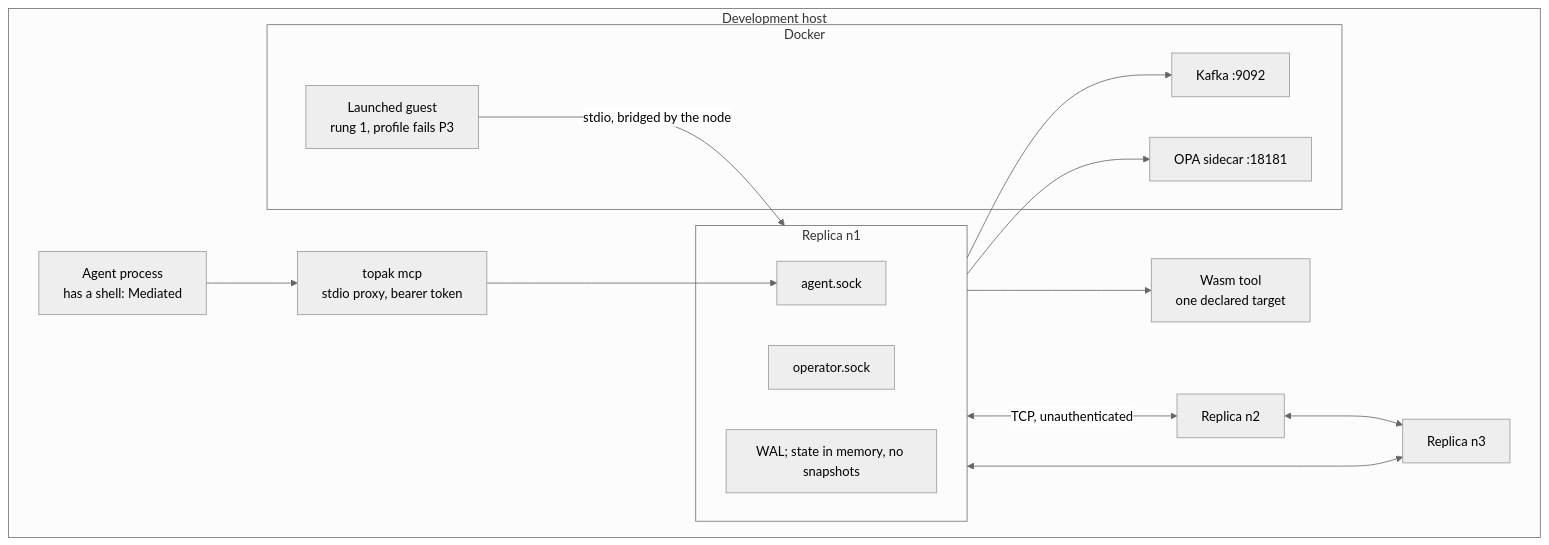
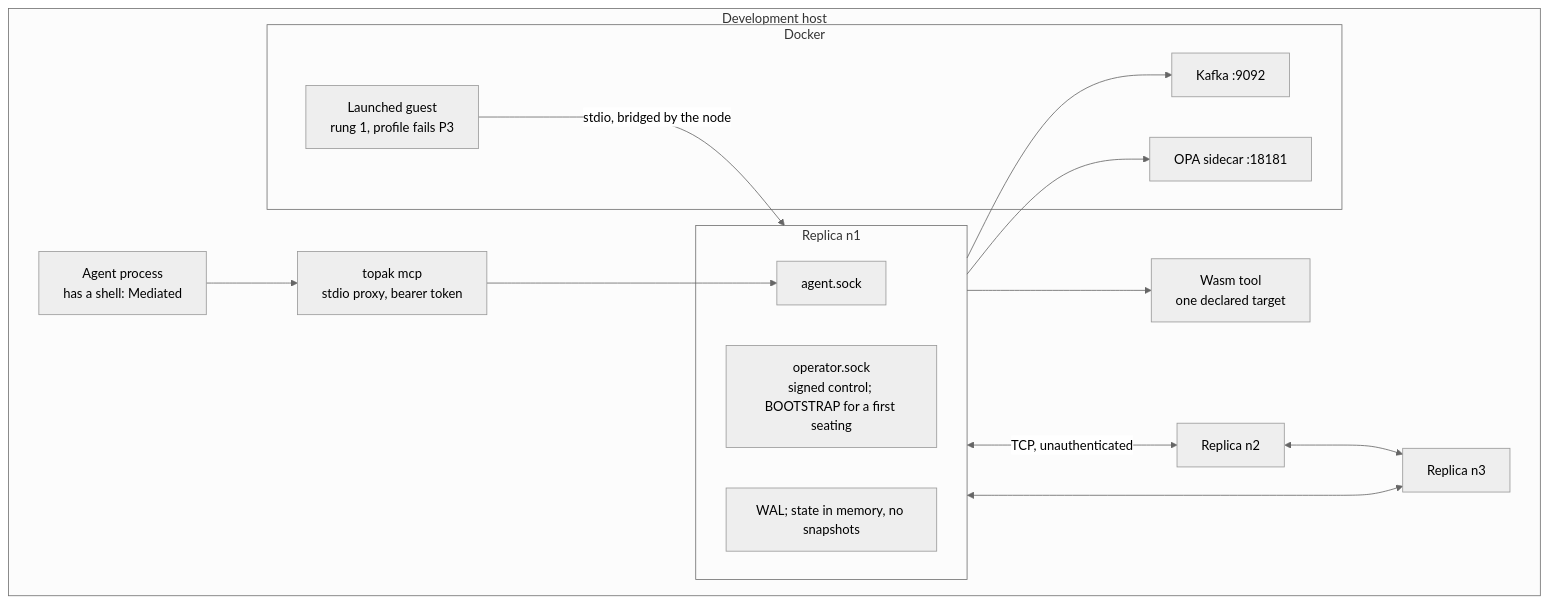
Before and after one commit to scottcochran/TOPAK: diagram 12 of 12 in narrative/architecture-description.md, drawn with Mermaid (neutral theme). The commit also changed other lines of this file and 7 other files, not shown here.

Commit message:
Narrative against G10: ToO revision 14, glossary, architecture description rev 2, reviewer's guide; G10 index row

````diff
--- a/narrative/architecture-description.md
+++ b/narrative/architecture-description.md
@@ -573,28 +706,28 @@
 ```mermaid
 flowchart TB
   subgraph host [Development host]
     subgraph n1 [Replica n1]
       a1["agent.sock"]
-      o1["operator.sock"]
+      o1["operator.sock<br/>signed control; BOOTSTRAP for a first seating"]
       w1["WAL; state in memory, no snapshots"]
     end
     n2["Replica n2"]
     n3["Replica n3"]
     mcpp["topak mcp<br/>stdio proxy, bearer token"]
     agent["Agent process<br/>has a shell: Mediated"]
     subgraph docker [Docker]
       guest["Launched guest<br/>rung 1, profile fails P3"]
       kafka["Kafka :9092"]
       opa["OPA sidecar :18181"]
     end
     wasm["Wasm tool<br/>one declared target"]
   end
   agent --> mcpp --> a1
   guest -- "stdio, bridged by the node" --> n1
   n1 <-- "TCP, unauthenticated" --> n2
   n1 <--> n3
   n2 <--> n3
   n1 --> kafka
   n1 --> opa
   n1 --> wasm
 ```
````
